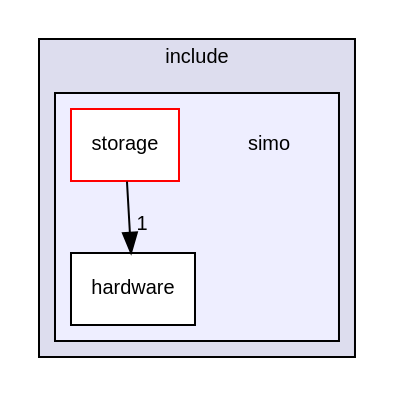
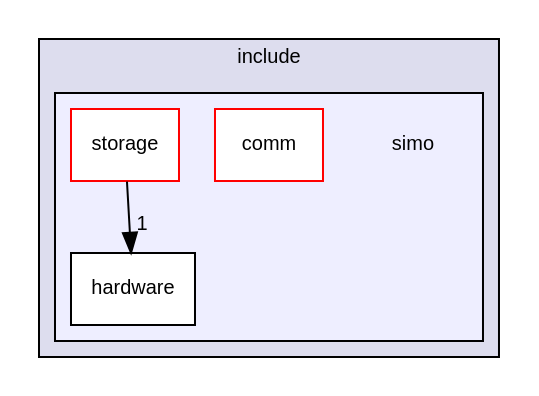
One commit to Germanvelardez2018/simo.v2 changed the diagram in docs/dir_eb293059644a82a490cf75e36ed4597e_dep.dot. Above: the diagram before and after it, drawn with Graphviz. The commit also changed 175 other files, not shown here.

```diff
--- a/docs/dir_eb293059644a82a490cf75e36ed4597e_dep.dot
+++ b/docs/dir_eb293059644a82a490cf75e36ed4597e_dep.dot
@@ -1,15 +1,16 @@
 digraph "core/include/simo" {
   compound=true
   node [ fontsize="10", fontname="Helvetica"];
   edge [ labelfontsize="10", labelfontname="Helvetica"];
   subgraph clusterdir_24d671cfcbc5d5238a6bd565a49d198f {
     graph [ bgcolor="#ddddee", pencolor="black", label="include" fontname="Helvetica", fontsize="10", URL="dir_24d671cfcbc5d5238a6bd565a49d198f.html"]
   subgraph clusterdir_eb293059644a82a490cf75e36ed4597e {
     graph [ bgcolor="#eeeeff", pencolor="black", label="" URL="dir_eb293059644a82a490cf75e36ed4597e.html"];
     dir_eb293059644a82a490cf75e36ed4597e [shape=plaintext label="simo"];
+    dir_7be650b33193ecdab0ba581ffef38697 [shape=box label="comm" color="red" fillcolor="white" style="filled" URL="dir_7be650b33193ecdab0ba581ffef38697.html"];
     dir_2fbf62330853db8854ddd88dde5ea014 [shape=box label="hardware" color="black" fillcolor="white" style="filled" URL="dir_2fbf62330853db8854ddd88dde5ea014.html"];
     dir_2c203a4cf206be49b0d957ecead522f3 [shape=box label="storage" color="red" fillcolor="white" style="filled" URL="dir_2c203a4cf206be49b0d957ecead522f3.html"];
   }
   }
-  dir_2c203a4cf206be49b0d957ecead522f3->dir_2fbf62330853db8854ddd88dde5ea014 [headlabel="1", labeldistance=1.5 headhref="dir_000004_000003.html"];
+  dir_2c203a4cf206be49b0d957ecead522f3->dir_2fbf62330853db8854ddd88dde5ea014 [headlabel="1", labeldistance=1.5 headhref="dir_000006_000005.html"];
 }
```
